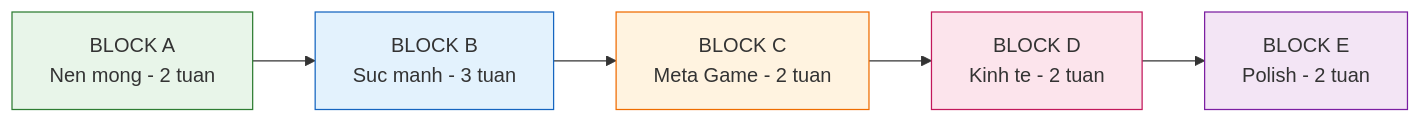
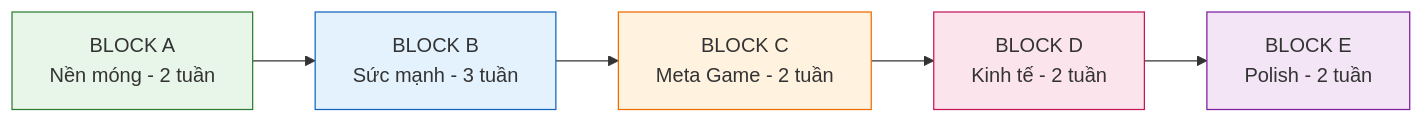
One commit to luantran-working/idlegame-designdocs changed the first of 2 diagrams in docs/roadmap.md. Above: the diagram before and after it, drawn with Mermaid. The commit also changed other lines of this file and 16 other files, not shown here.

Commit message:
feat: Introduce extensive game design documentation covering game systems, UI, and roadmap, and enable Mermaid diagram support in Docusaurus.

````diff
--- a/docs/roadmap.md
+++ b/docs/roadmap.md
@@ -20,13 +20,13 @@
 ```mermaid
 flowchart LR
-    A["BLOCK A<br/>Nen mong - 2 tuan"] --> B["BLOCK B<br/>Suc manh - 3 tuan"]
-    B --> C["BLOCK C<br/>Meta Game - 2 tuan"]
-    C --> D["BLOCK D<br/>Kinh te - 2 tuan"]
-    D --> E["BLOCK E<br/>Polish - 2 tuan"]
+    A["BLOCK A<br/>Nền móng - 2 tuần"] --> B["BLOCK B<br/>Sức mạnh - 3 tuần"]
+    B --> C["BLOCK C<br/>Meta Game - 2 tuần"]
+    C --> D["BLOCK D<br/>Kinh tế - 2 tuần"]
+    D --> E["BLOCK E<br/>Polish - 2 tuần"]
 
     style A fill:#e8f5e9,stroke:#2e7d32
     style B fill:#e3f2fd,stroke:#1565c0
     style C fill:#fff3e0,stroke:#ef6c00
     style D fill:#fce4ec,stroke:#c2185b
     style E fill:#f3e5f5,stroke:#7b1fa2
 ```
````
